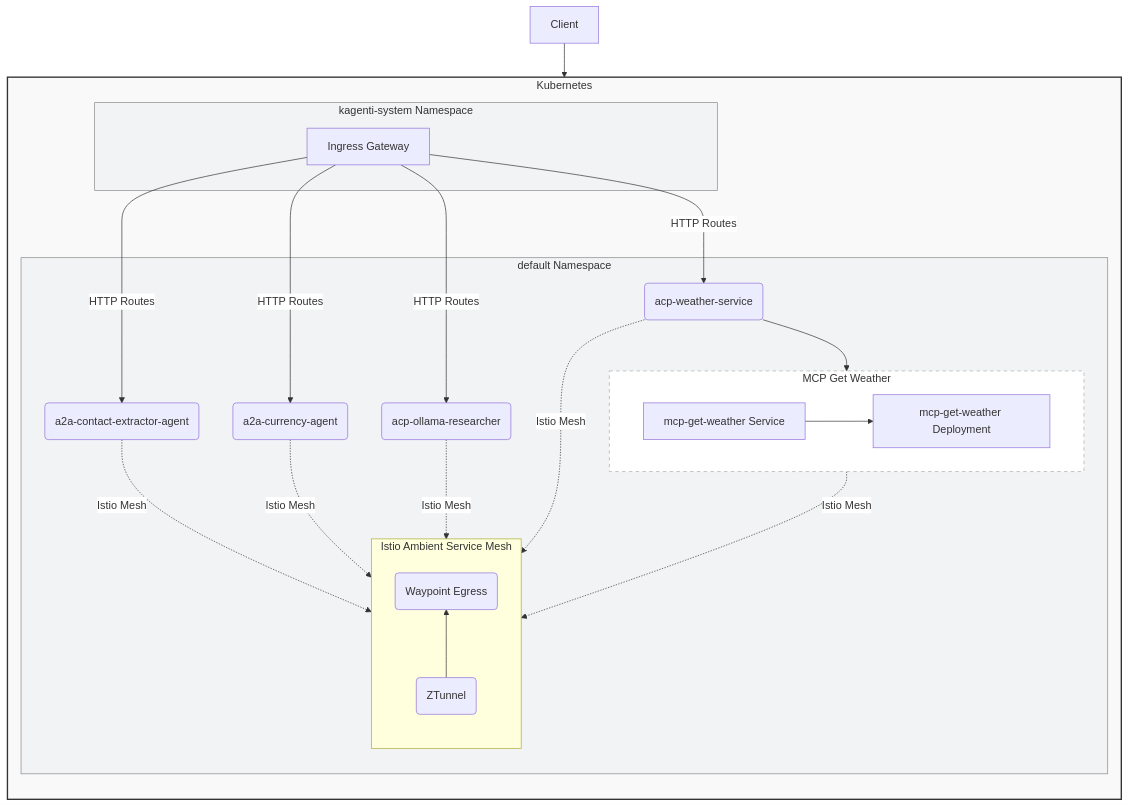
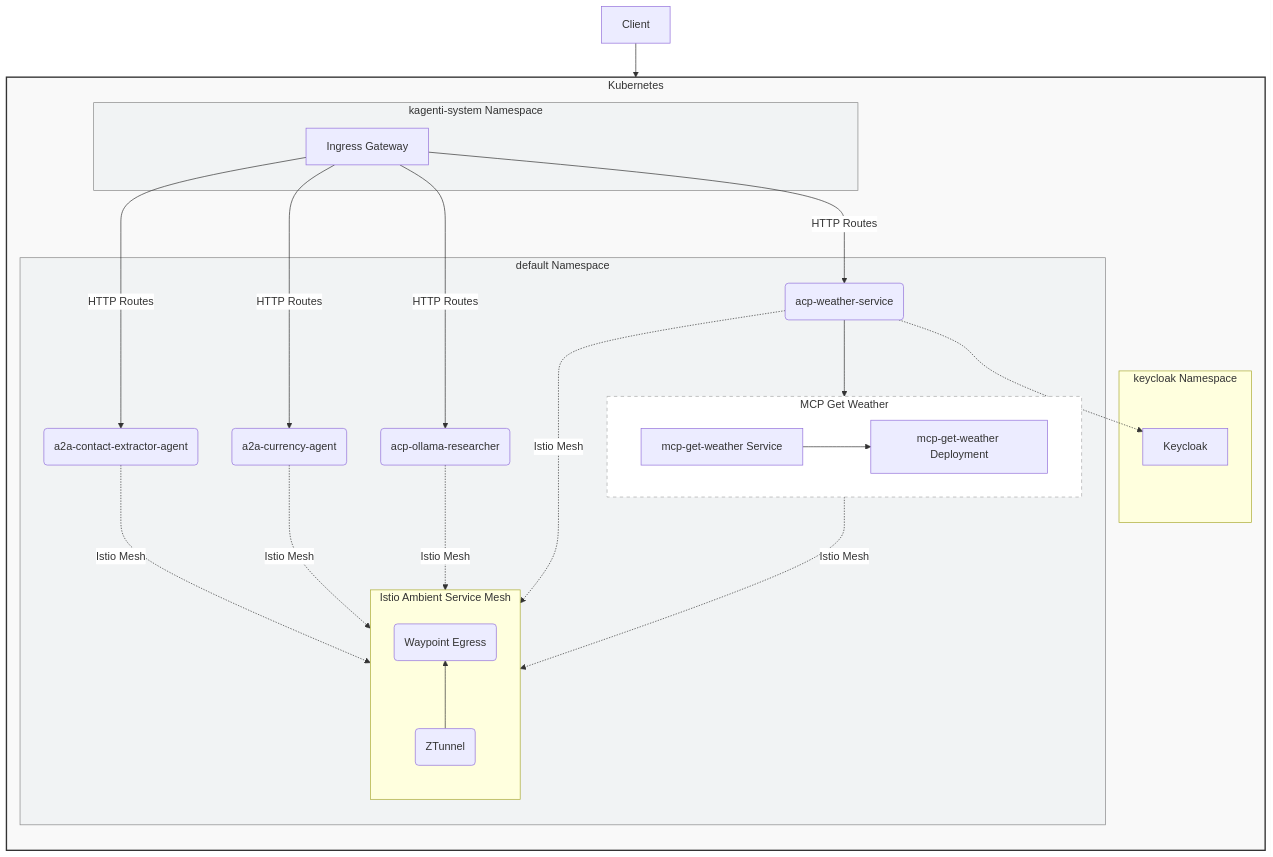
The third of 3 diagrams in docs/tech-details.md (pdettori/kagenti), drawn with Mermaid before and after one commit. The commit also changed 17 other files, not shown here.

````diff
--- a/docs/tech-details.md
+++ b/docs/tech-details.md
@@ -96,53 +96,58 @@
 ```mermaid
 %%{ init: {"themeVariables": { 'fontFamily': "Arial", 'primaryColor': '#1f77b4', 'edgeLabelBackground':'#ffffff'}} }%%
 graph TB
 
   subgraph Kubernetes
     direction TB
     
     subgraph kagenti-system ["kagenti-system Namespace"]
       IngressGateway["Ingress Gateway"]
+    end
+
+    subgraph keycloak ["keycloak Namespace"]
+      Keycloak["Keycloak"]
     end
 
     subgraph default_namespace ["default Namespace"]
       A2AContactExtractorAgent(a2a-contact-extractor-agent)
       A2ACurrencyAgent(a2a-currency-agent)
       ACPOllamaResearcher(acp-ollama-researcher)
       ACPWeatherService(acp-weather-service)
       
       subgraph MCPGetWeather ["MCP Get Weather"]
         direction LR
         Service[mcp-get-weather Service]
         Deployment[mcp-get-weather Deployment]
       end
 
       subgraph Istio_Ambient_Mesh ["Istio Ambient Service Mesh"]
         direction BT
         ZTunnel("ZTunnel")
         Waypoint("Waypoint Egress")
         ZTunnel --> Waypoint
       end
 
     end
   end
   
   style Kubernetes fill:#f9f9f9,stroke:#333,stroke-width:2px;
   style kagenti-system fill:#f1f3f4,stroke:#888;
   style default_namespace fill:#f1f3f4,stroke:#888;
   style MCPGetWeather fill:#ffffff,stroke:#aaaaaa,stroke-dasharray: 5 5;
 
   IngressGateway -->|HTTP Routes| A2AContactExtractorAgent
   IngressGateway -->|HTTP Routes| A2ACurrencyAgent
   IngressGateway -->|HTTP Routes| ACPOllamaResearcher
   IngressGateway -->|HTTP Routes| ACPWeatherService
   ACPWeatherService --> Service
   Service --> Deployment
 
   A2AContactExtractorAgent -.->|Istio Mesh| ZTunnel
   A2ACurrencyAgent -.->|Istio Mesh| ZTunnel
   ACPOllamaResearcher -.->|Istio Mesh| ZTunnel
   ACPWeatherService -.->|Istio Mesh| ZTunnel
   Service -.->|Istio Mesh| ZTunnel
+  ACPWeatherService -.-> Keycloak
 
   Client --> IngressGateway
 ```
````
